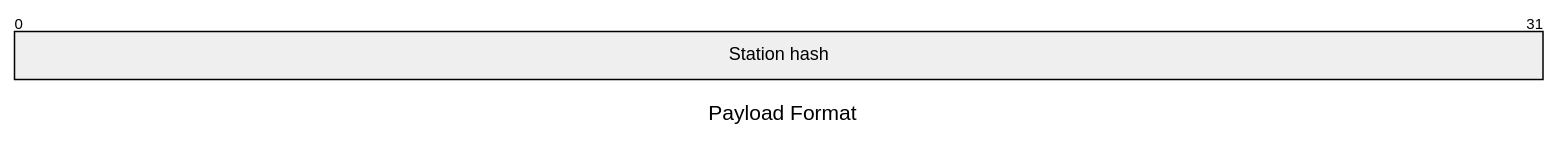
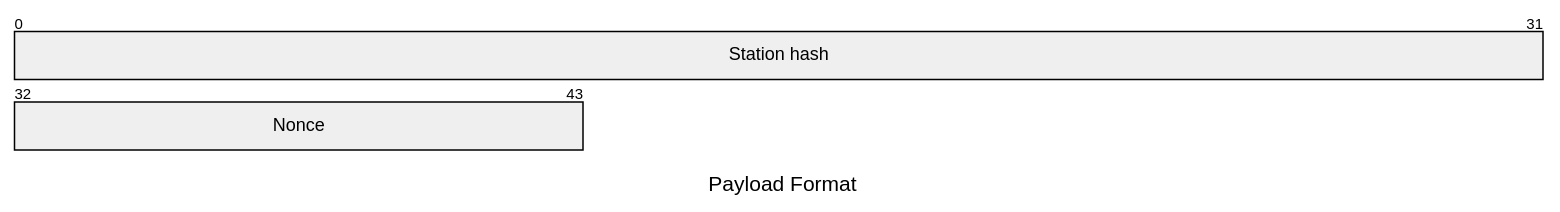
The third of 12 diagrams in notes/Terms.md (seblin-1230/Tillampad-Project-2), drawn with Mermaid before and after one commit. The commit also changed other lines of this file and 43 other files, not shown here.

````diff
--- a/notes/Terms.md
+++ b/notes/Terms.md
@@ -50,7 +64,8 @@
 ```mermaid
 ---
 title: "Payload Format"
 ---
 packet-beta
 0-31: "Station hash"
+32-43: "Nonce"
 ```
````
